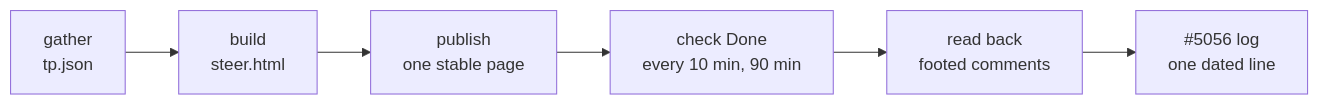
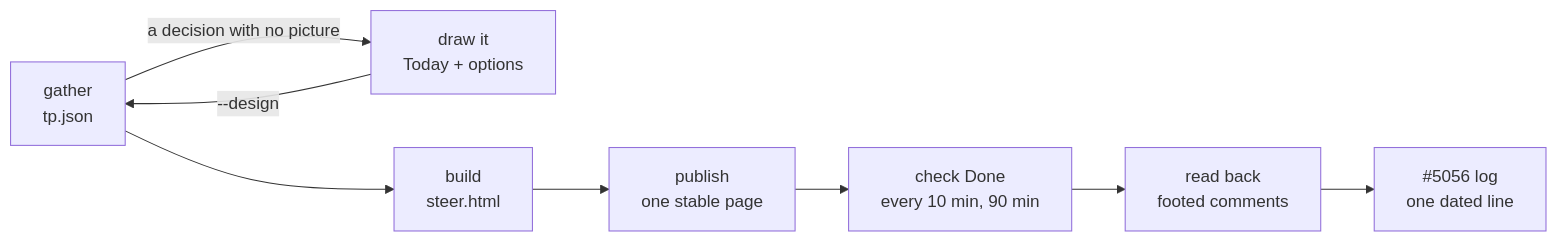
Before and after one commit to ejclark/skynet-capital: the diagram in .claude/skills/steer/SKILL.md, drawn with Mermaid. The commit also changed other lines of this file and 12 other files, not shown here.

First line of the commit message:
fix(steer): ask no decision without a picture; name the ones still being drawn

````diff
--- a/.claude/skills/steer/SKILL.md
+++ b/.claude/skills/steer/SKILL.md
@@ -20,8 +20,10 @@
 ```mermaid
 flowchart LR
-  G["gather<br/>tp.json"] --> B["build<br/>steer.html"]
+  G["gather<br/>tp.json"] -->|"a decision with no picture"| D["draw it<br/>Today + options"]
+  D -->|"--design"| G
+  G --> B["build<br/>steer.html"]
   B --> P["publish<br/>one stable page"]
   P --> W["check Done<br/>every 10 min, 90 min"]
   W --> R["read back<br/>footed comments"]
   R --> S["#5056 log<br/>one dated line"]
 ```
````
